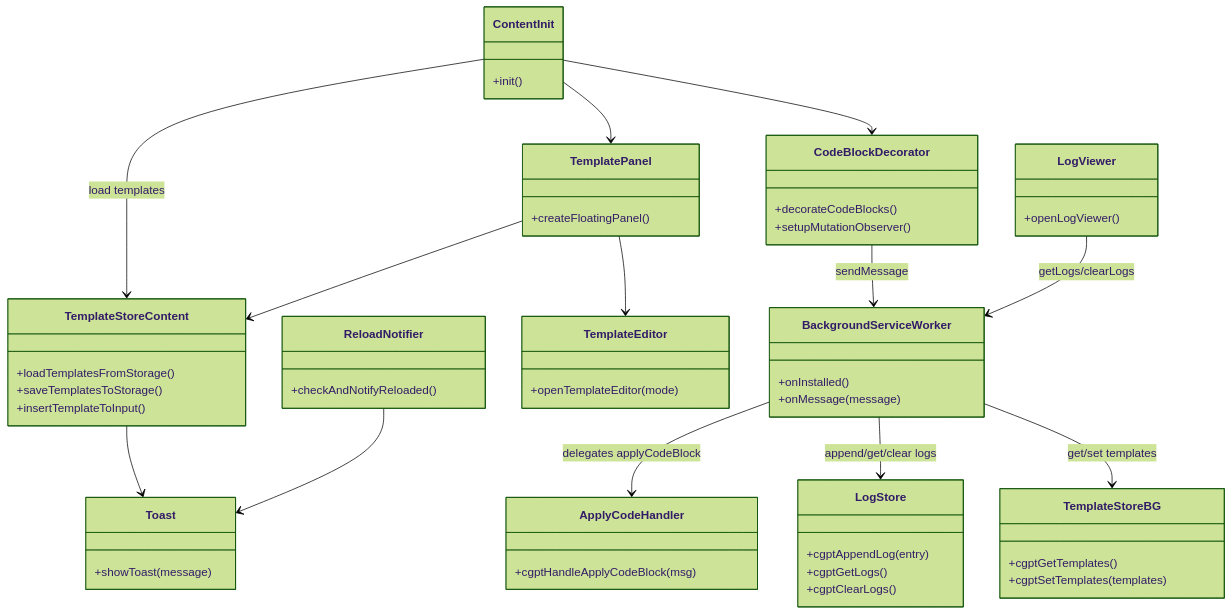
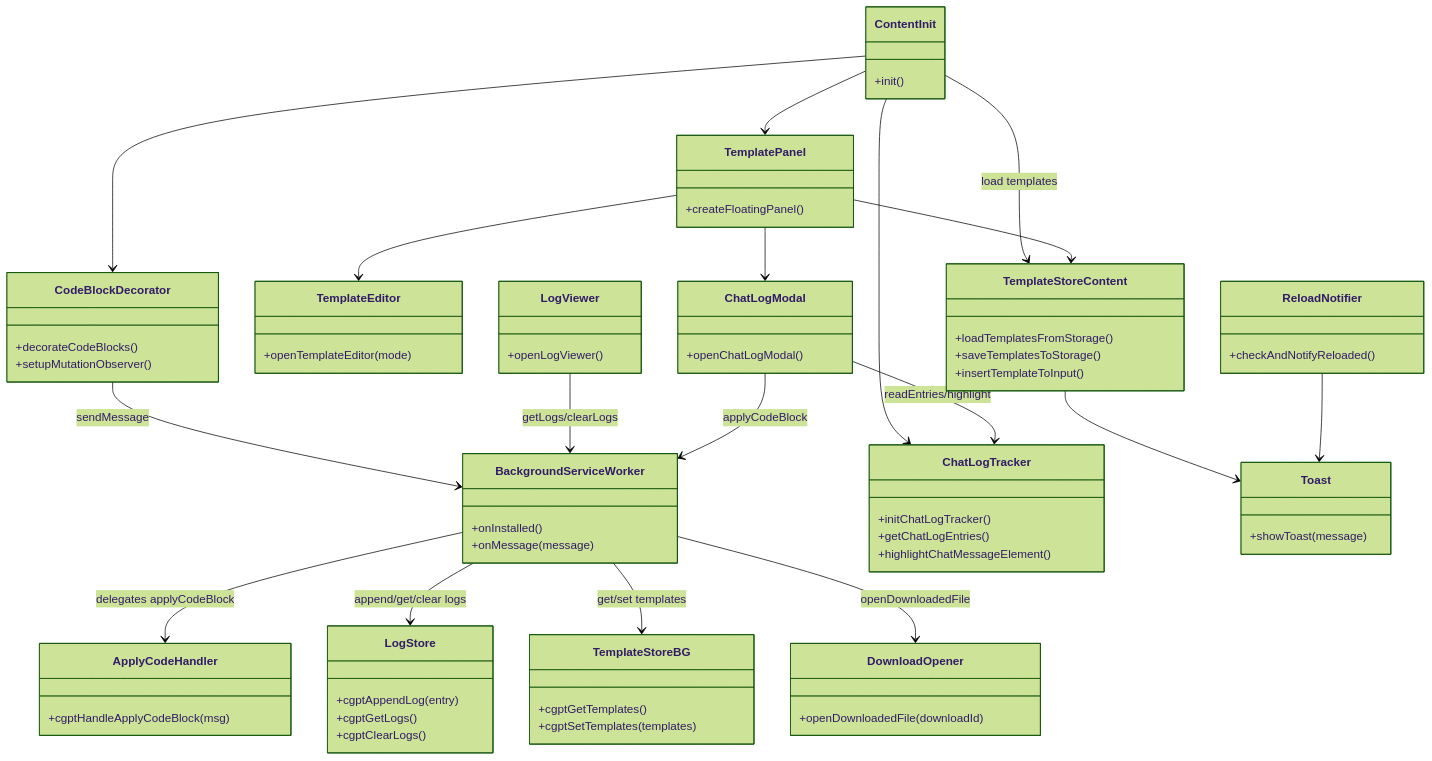
Before and after one commit to Kaz0321/chatgpt-code-saver: the diagram in README.md, drawn with Mermaid (forest theme). The commit also changed other lines of this file and 1 other file, not shown here.

````diff
--- a/README.md
+++ b/README.md
@@ -52,59 +61,75 @@
 ```mermaid
 classDiagram
     class BackgroundServiceWorker {
       +onInstalled()
       +onMessage(message)
     }
     class ApplyCodeHandler {
       +cgptHandleApplyCodeBlock(msg)
     }
     class LogStore {
       +cgptAppendLog(entry)
       +cgptGetLogs()
       +cgptClearLogs()
     }
     class TemplateStoreBG {
       +cgptGetTemplates()
       +cgptSetTemplates(templates)
+    }
+    class DownloadOpener {
+      +openDownloadedFile(downloadId)
     }
     class ContentInit {
       +init()
     }
     class TemplateStoreContent {
       +loadTemplatesFromStorage()
       +saveTemplatesToStorage()
       +insertTemplateToInput()
     }
     class TemplatePanel {
       +createFloatingPanel()
     }
     class TemplateEditor {
       +openTemplateEditor(mode)
     }
     class CodeBlockDecorator {
       +decorateCodeBlocks()
       +setupMutationObserver()
     }
     class LogViewer {
       +openLogViewer()
     }
+    class ChatLogTracker {
+      +initChatLogTracker()
+      +getChatLogEntries()
+      +highlightChatMessageElement()
+    }
+    class ChatLogModal {
+      +openChatLogModal()
+    }
     class Toast {
       +showToast(message)
     }
     class ReloadNotifier {
       +checkAndNotifyReloaded()
     }
 
     BackgroundServiceWorker --> ApplyCodeHandler : delegates applyCodeBlock
     BackgroundServiceWorker --> LogStore : append/get/clear logs
     BackgroundServiceWorker --> TemplateStoreBG : get/set templates
+    BackgroundServiceWorker --> DownloadOpener : openDownloadedFile
     ContentInit --> TemplateStoreContent : load templates
     ContentInit --> TemplatePanel
     ContentInit --> CodeBlockDecorator
+    ContentInit --> ChatLogTracker
     TemplatePanel --> TemplateEditor
     TemplatePanel --> TemplateStoreContent
+    TemplatePanel --> ChatLogModal
     TemplateStoreContent --> Toast
     CodeBlockDecorator --> BackgroundServiceWorker : sendMessage
     LogViewer --> BackgroundServiceWorker : getLogs/clearLogs
+    ChatLogModal --> ChatLogTracker : readEntries/highlight
+    ChatLogModal --> BackgroundServiceWorker : applyCodeBlock
     ReloadNotifier --> Toast
 ```
````
